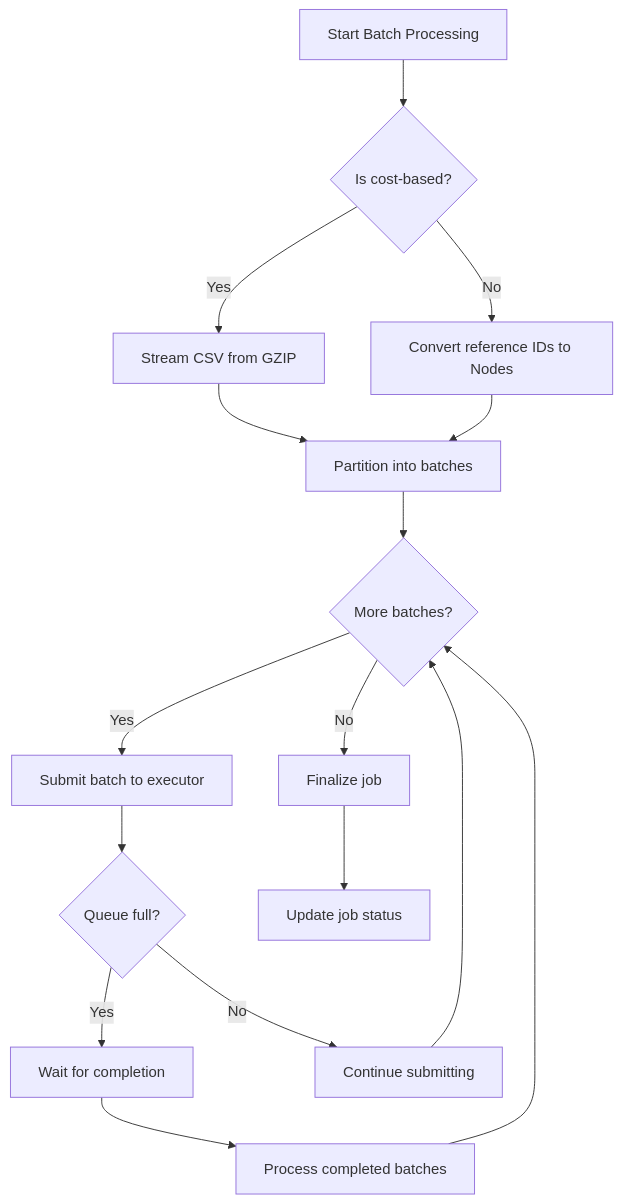
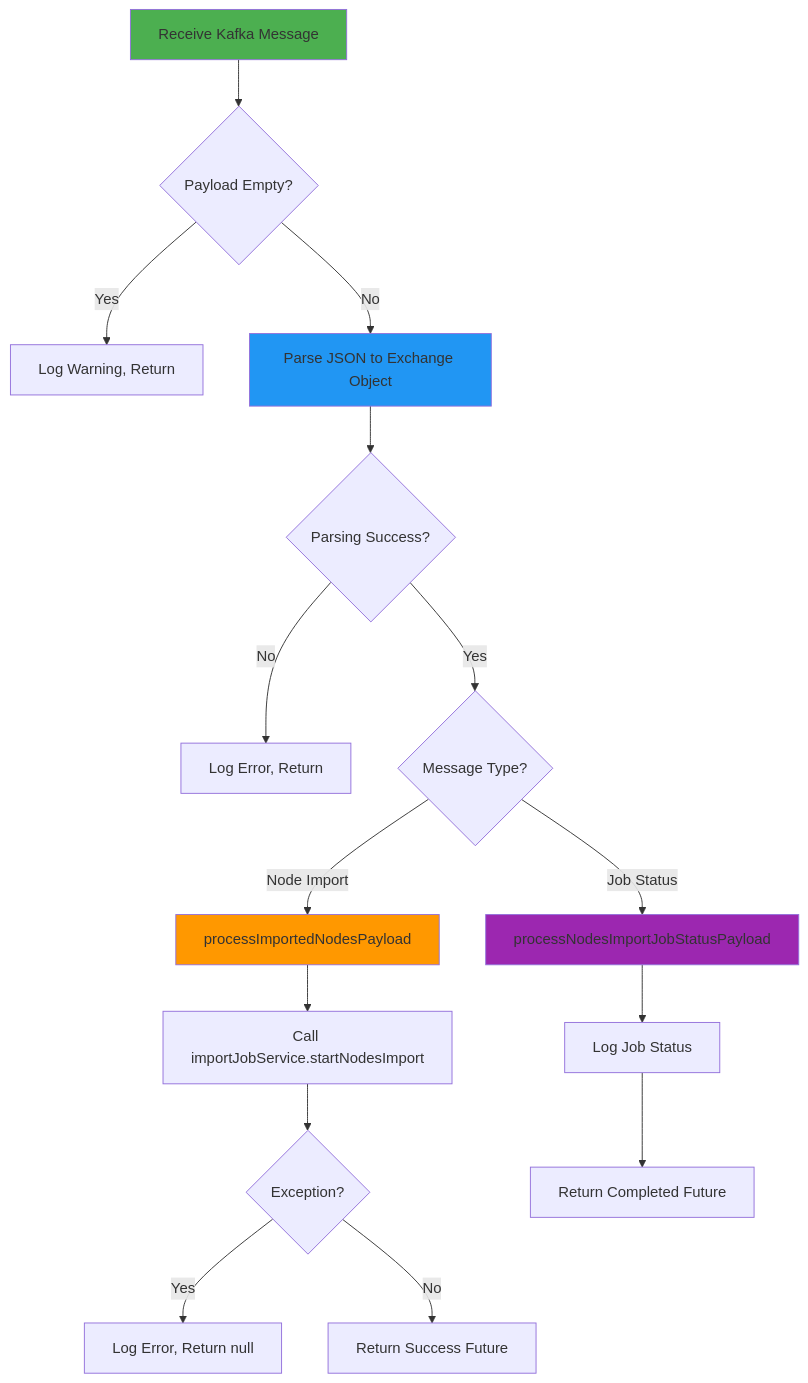
Before and after one commit to kagit00/schedule_x: the eighth of 32 diagrams in docs/Low Level Designs/NodesImport.md, drawn with Mermaid. The commit also changed other lines of this file and 1 other file, not shown here.

````diff
--- a/docs/Low Level Designs/NodesImport.md
+++ b/docs/Low Level Designs/NodesImport.md
@@ -398,18 +334,27 @@
 ```mermaid
 flowchart TD
-    A[Start Batch Processing] --> B{Is cost-based?}
-    B -->|Yes| C[Stream CSV from GZIP]
-    B -->|No| D[Convert reference IDs to Nodes]
-    C --> E[Partition into batches]
-    D --> E
-    E --> F{More batches?}
-    F -->|Yes| G[Submit batch to executor]
-    G --> H{Queue full?}
-    H -->|Yes| I[Wait for completion]
-    H -->|No| J[Continue submitting]
-    I --> K[Process completed batches]
-    K --> F
-    J --> F
-    F -->|No| L[Finalize job]
-    L --> M[Update job status]
+    A[Receive Kafka Message] --> B{Payload Empty?}
+    B -->|Yes| C[Log Warning, Return]
+    B -->|No| D[Parse JSON to Exchange Object]
+    
+    D --> E{Parsing Success?}
+    E -->|No| F[Log Error, Return]
+    E -->|Yes| G{Message Type?}
+    
+    G -->|Node Import| H[processImportedNodesPayload]
+    G -->|Job Status| I[processNodesImportJobStatusPayload]
+    
+    H --> J[Call importJobService.startNodesImport]
+    I --> K[Log Job Status]
+    
+    J --> L{Exception?}
+    K --> M[Return Completed Future]
+    
+    L -->|Yes| N[Log Error, Return null]
+    L -->|No| O[Return Success Future]
+    
+    style A fill:#4CAF50
+    style D fill:#2196F3
+    style H fill:#FF9800
+    style I fill:#9C27B0
 ```
````
